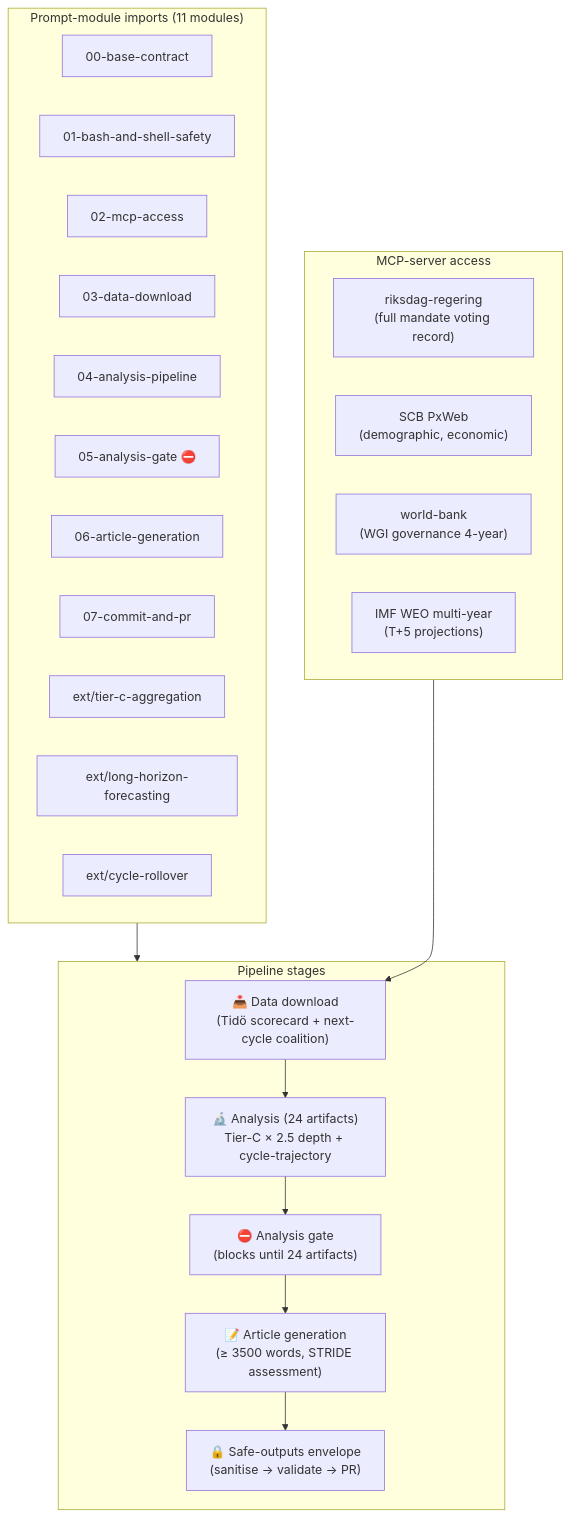
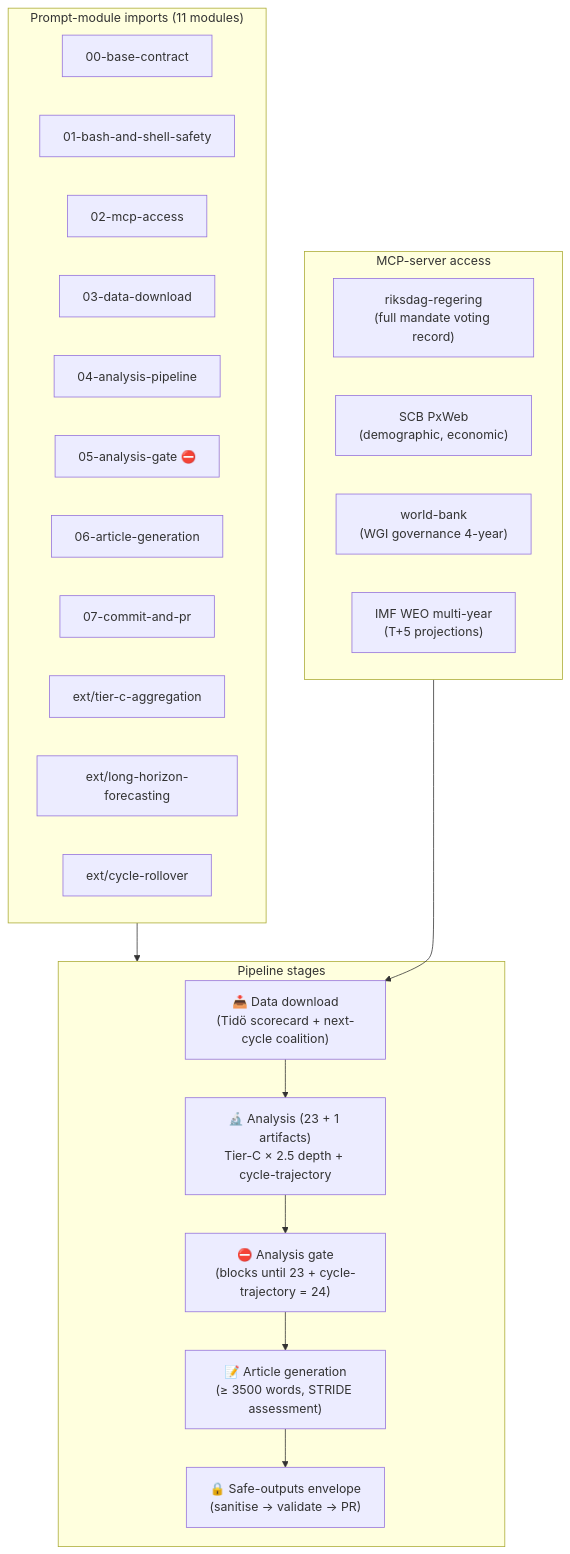
One commit to Hack23/riksdagsmonitor changed diagram 17 of 20 in WORKFLOWS.md. Above: the diagram before and after it, drawn with Mermaid. The commit also changed other lines of this file, not shown here.

````diff
--- a/WORKFLOWS.md
+++ b/WORKFLOWS.md
@@ -1189,35 +1192,35 @@
 ```mermaid
 flowchart TD
     subgraph Imports["Prompt-module imports (11 modules)"]
         P00["00-base-contract"]
         P01["01-bash-and-shell-safety"]
         P02["02-mcp-access"]
         P03["03-data-download"]
         P04["04-analysis-pipeline"]
         P05["05-analysis-gate ⛔"]
         P06["06-article-generation"]
         P07["07-commit-and-pr"]
         EXT1["ext/tier-c-aggregation"]
         EXT2["ext/long-horizon-forecasting"]
         EXT3["ext/cycle-rollover"]
     end
 
     subgraph MCP["MCP-server access"]
         RR["riksdag-regering<br/>(full mandate voting record)"]
         SCB["SCB PxWeb<br/>(demographic, economic)"]
         WB["world-bank<br/>(WGI governance 4-year)"]
         IMF["IMF WEO multi-year<br/>(T+5 projections)"]
     end
 
     subgraph Pipeline["Pipeline stages"]
         A1["📥 Data download<br/>(Tidö scorecard + next-cycle coalition)"]
-        A2["🔬 Analysis (24 artifacts)<br/>Tier-C × 2.5 depth + cycle-trajectory"]
-        A3["⛔ Analysis gate<br/>(blocks until 24 artifacts)"]
+        A2["🔬 Analysis (23 + 1 artifacts)<br/>Tier-C × 2.5 depth + cycle-trajectory"]
+        A3["⛔ Analysis gate<br/>(blocks until 23 + cycle-trajectory = 24)"]
         A4["📝 Article generation<br/>(≥ 3500 words, STRIDE assessment)"]
         A5["🔒 Safe-outputs envelope<br/>(sanitise → validate → PR)"]
     end
 
     Imports --> Pipeline
     MCP --> A1
     A1 --> A2 --> A3 --> A4 --> A5
 ```
````
